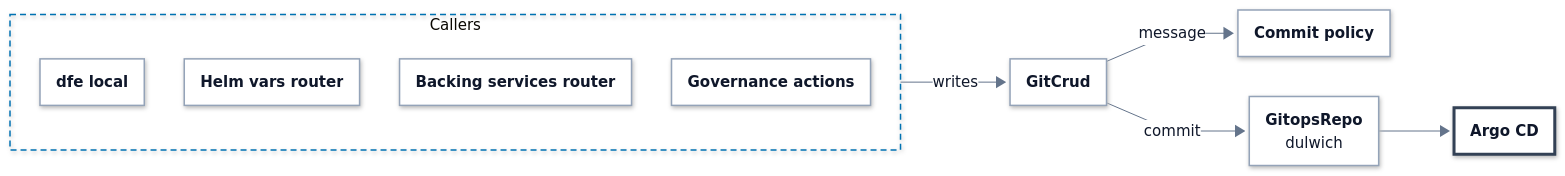
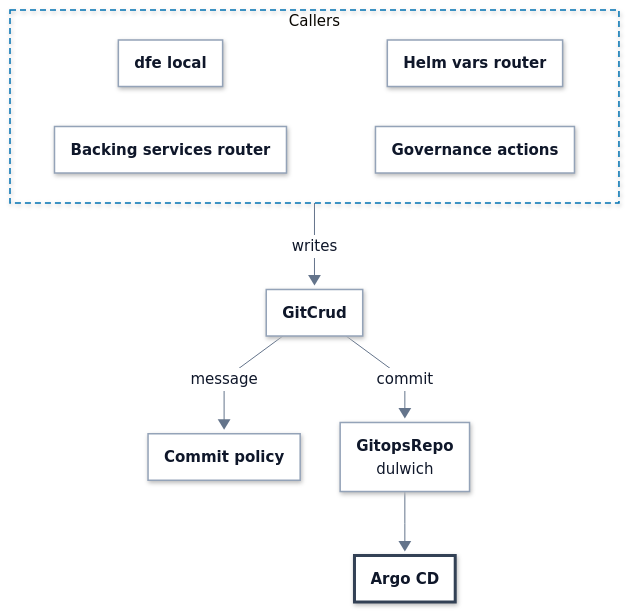
One commit to hyperi-io/dfe-engine changed the first of 8 diagrams in docs/control-plane/governed-ops-design.md. Above: the diagram before and after it, drawn with Mermaid. The commit also changed other lines of this file and 32 other files, not shown here.

First line of the commit message:
docs(architecture): engine page to the standard, diagrams to 860 px (#1209)

````diff
--- a/docs/control-plane/governed-ops-design.md
+++ b/docs/control-plane/governed-ops-design.md
@@ -53,15 +53,18 @@
     .ui .label-icon{color:#D9480F}
     .ext .label-icon{color:#64748B}
 ---
-flowchart LR
+flowchart TB
   accTitle: L4 Detail -- Governed write path
   accDescr: dfe local, the Helm vars router, the backing services router and governance actions all write through GitCrud. GitCrud builds the message under the commit policy and commits through GitopsRepo, and Argo CD reconciles the commit.
 
   subgraph callers["Callers"]
+    direction LR
     local["<b>dfe local</b>"]
     helm["<b>Helm vars router</b>"]
     backing["<b>Backing services router</b>"]
     actions["<b>Governance actions</b>"]
+    local ~~~ helm
+    backing ~~~ actions
   end
 
   gitcrud["<b>GitCrud</b>"]
@@ -75,6 +78,8 @@
   gitcrud -->|message| policy
   gitcrud -->|commit| repo
   repo --> argo
+  class argo control
+  class local,helm,backing,actions,gitcrud,policy,repo part
   classDef ext fill:#F4F6F8,stroke:#94A3B8,stroke-width:1.5px,stroke-dasharray:5 4,color:#0F172A
   classDef ingest fill:#FFFFFF,stroke:#0E8A7D,stroke-width:3px,color:#0F172A
   classDef xform fill:#FFFFFF,stroke:#7B4FB0,stroke-width:3px,color:#0F172A
@@ -86,7 +91,5 @@
   classDef error fill:#FFFFFF,stroke:#C2410C,stroke-width:3px,color:#0F172A
   classDef control fill:#FFFFFF,stroke:#334155,stroke-width:3px,color:#0F172A
   classDef part fill:#FFFFFF,stroke:#94A3B8,stroke-width:1.5px,color:#0F172A
-  class argo control
-  class local,helm,backing,actions,gitcrud,policy,repo part
   style callers fill:none,stroke:#0072B2,stroke-width:1.5px,stroke-dasharray:6 4
 ```
````
